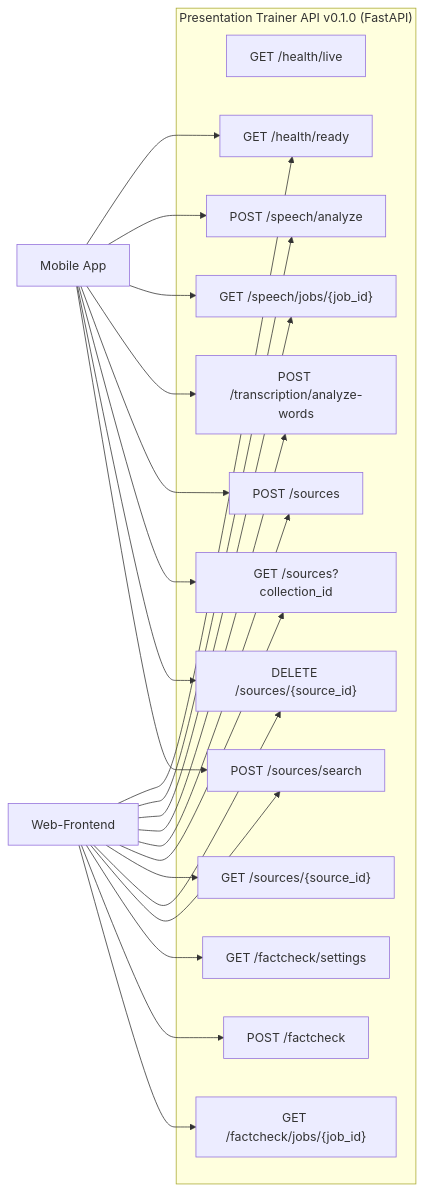
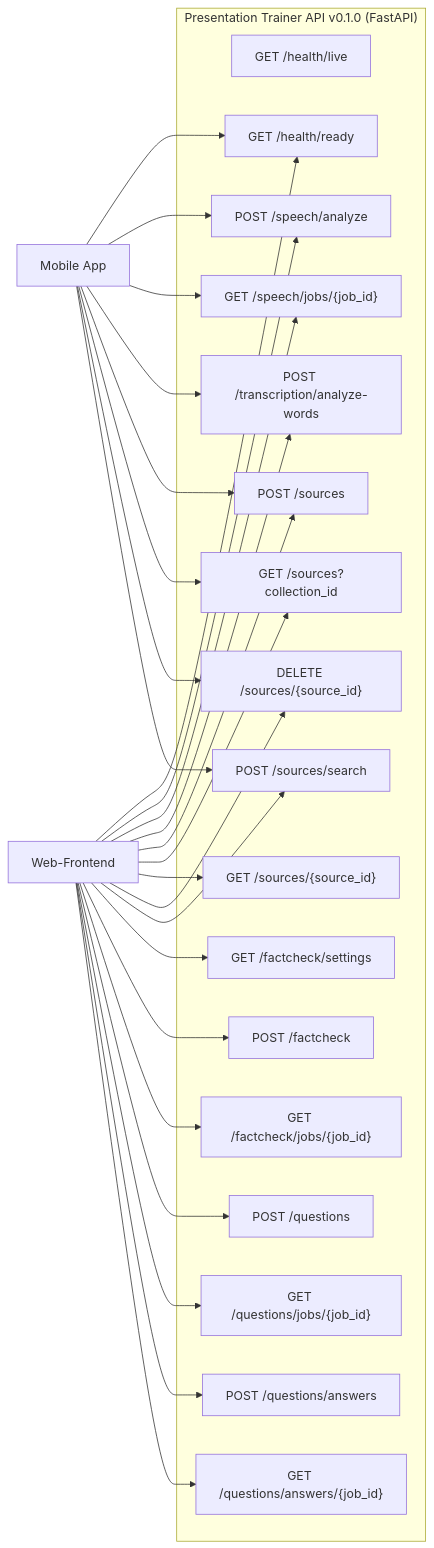
Diagram 11 of 11 in docs/03-architecture.md (johannes3502/hackathon-fulda), drawn with Mermaid before and after one commit. The commit also changed other lines of this file and 23 other files, not shown here.

````diff
--- a/docs/03-architecture.md
+++ b/docs/03-architecture.md
@@ -343,21 +389,25 @@
 ```mermaid
 flowchart LR
     subgraph API["Presentation Trainer API v0.1.0 (FastAPI)"]
         H1["GET /health/live"]
         H2["GET /health/ready"]
         S1["POST /speech/analyze"]
         S2["GET /speech/jobs/{job_id}"]
         T1["POST /transcription/analyze-words"]
         R1["POST /sources"]
         R2["GET /sources?collection_id"]
         R3["GET /sources/{source_id}"]
         R4["DELETE /sources/{source_id}"]
         R5["POST /sources/search"]
         F1["GET /factcheck/settings"]
         F2["POST /factcheck"]
         F3["GET /factcheck/jobs/{job_id}"]
+        Q1["POST /questions"]
+        Q2["GET /questions/jobs/{job_id}"]
+        Q3["POST /questions/answers"]
+        Q4["GET /questions/answers/{job_id}"]
     end
 
-    WEBF["Web-Frontend"] --> H2 & S1 & S2 & T1 & R1 & R2 & R3 & R4 & R5 & F1 & F2 & F3
+    WEBF["Web-Frontend"] --> H2 & S1 & S2 & T1 & R1 & R2 & R3 & R4 & R5 & F1 & F2 & F3 & Q1 & Q2 & Q3 & Q4
     MOB["Mobile App"] --> H2 & S1 & S2 & T1 & R1 & R2 & R4 & R5
 ```
````
